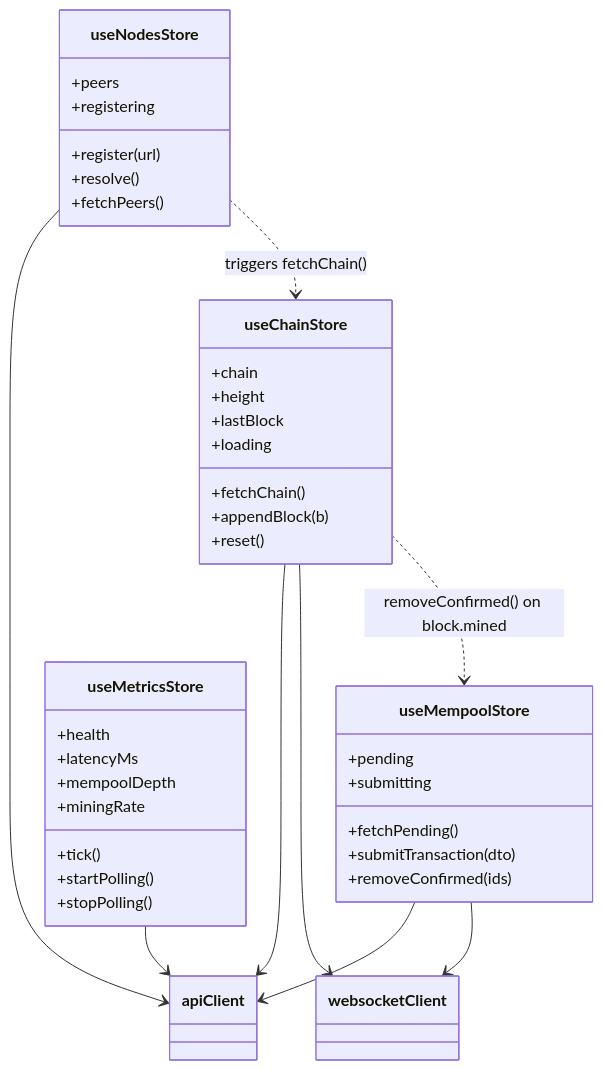
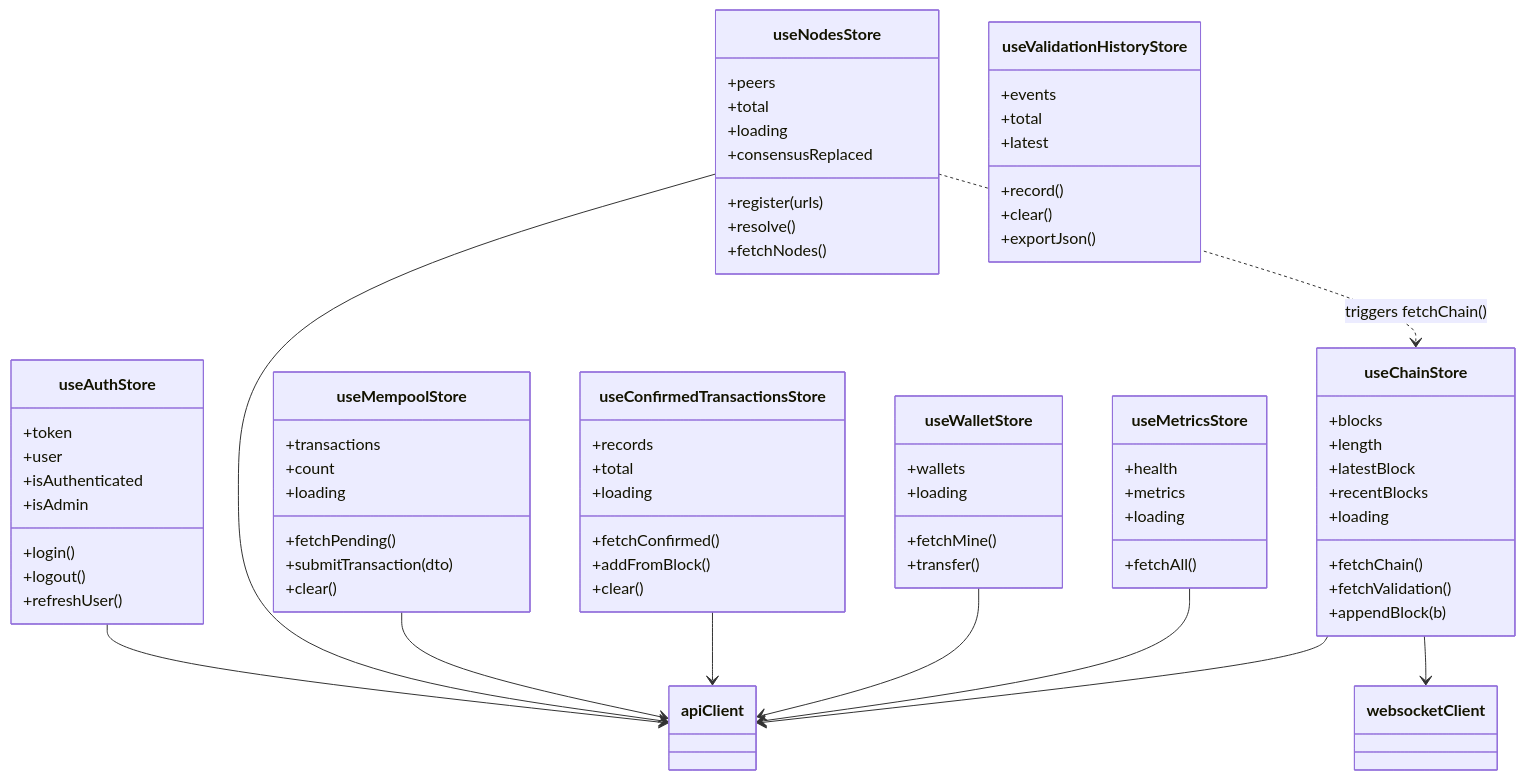
The sixth of 8 diagrams in docs/architecture.md (basic-blockchain/basic-blockchain-frontend), drawn with Mermaid before and after one commit. The commit also changed other lines of this file and 1 other file, not shown here.

Commit message:
docs(architecture): refresh architecture + components catalog

````diff
--- a/docs/architecture.md
+++ b/docs/architecture.md
@@ -229,47 +240,80 @@
 ```mermaid
 classDiagram
+  class useAuthStore {
+    +token
+    +user
+    +isAuthenticated
+    +isAdmin
+    +login()
+    +logout()
+    +refreshUser()
+  }
     class useChainStore {
-        +chain
-        +height
-        +lastBlock
+    +blocks
+    +length
+    +latestBlock
+    +recentBlocks
         +loading
         +fetchChain()
-        +appendBlock(b)
-        +reset()
+    +fetchValidation()
+    +appendBlock(b)
     }
     class useMempoolStore {
-        +pending
-        +submitting
+    +transactions
+    +count
+    +loading
         +fetchPending()
         +submitTransaction(dto)
-        +removeConfirmed(ids)
+    +clear()
     }
+  class useConfirmedTransactionsStore {
+    +records
+    +total
+    +loading
+    +fetchConfirmed()
+    +addFromBlock()
+    +clear()
+  }
+  class useWalletStore {
+    +wallets
+    +loading
+    +fetchMine()
+    +transfer()
+  }
     class useNodesStore {
         +peers
-        +registering
-        +register(url)
+    +total
+    +loading
+    +consensusReplaced
+    +register(urls)
         +resolve()
-        +fetchPeers()
+        +fetchNodes()
     }
     class useMetricsStore {
         +health
-        +latencyMs
-        +mempoolDepth
-        +miningRate
-        +tick()
-        +startPolling()
-        +stopPolling()
+    +metrics
+    +loading
+    +fetchAll()
     }
+  class useValidationHistoryStore {
+    +events
+    +total
+    +latest
+    +record()
+    +clear()
+    +exportJson()
+  }
 
     class apiClient
     class websocketClient
 
     useChainStore --> apiClient
-    useChainStore --> websocketClient
     useMempoolStore --> apiClient
-    useMempoolStore --> websocketClient
+  useConfirmedTransactionsStore --> apiClient
     useNodesStore --> apiClient
     useMetricsStore --> apiClient
-    useNodesStore ..> useChainStore : triggers fetchChain()
-    useChainStore ..> useMempoolStore : removeConfirmed() on block.mined
+  useAuthStore --> apiClient
+  useWalletStore --> apiClient
+  useChainStore --> websocketClient
+  useNodesStore ..> useChainStore : triggers fetchChain()
 ```
````
